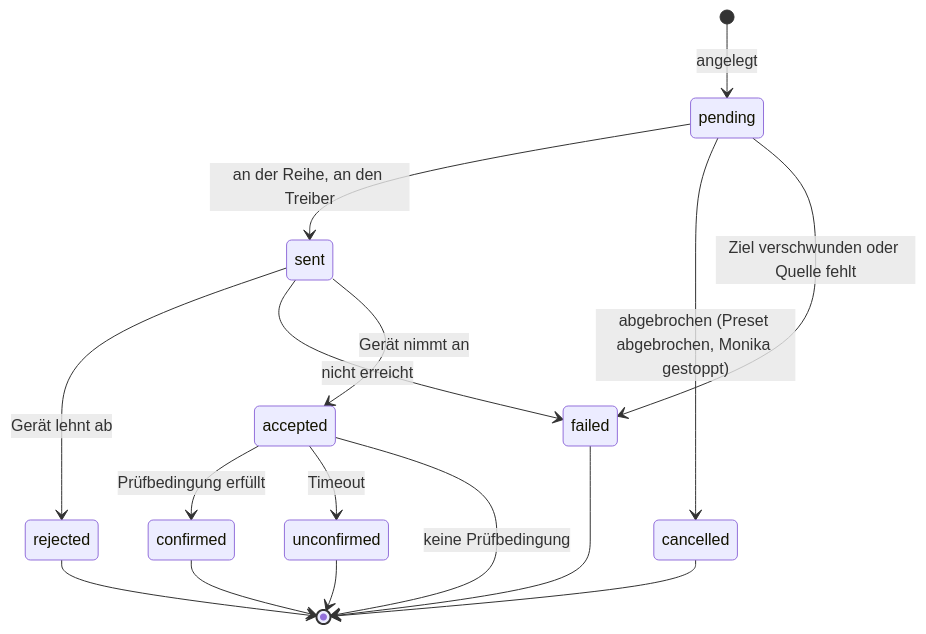
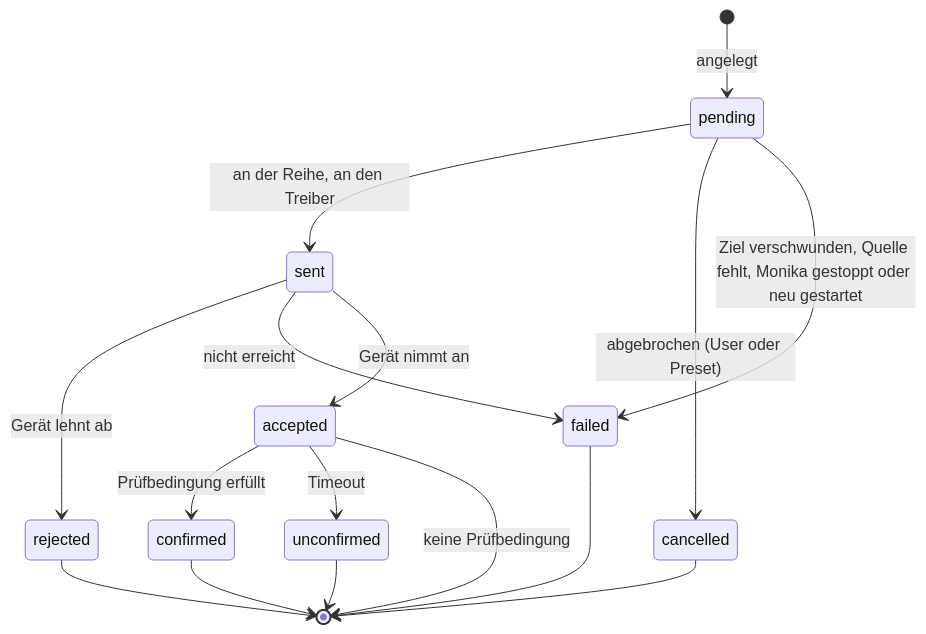
Before and after one commit to lukirs95/monika: the fifth of 6 diagrams in docs/contracts/flows.md, drawn with Mermaid. The commit also changed other lines of this file and 8 other files, not shown here.

First line of the commit message:
docs: apply architecture audit to contracts, API and status

````diff
--- a/docs/contracts/flows.md
+++ b/docs/contracts/flows.md
@@ -150,18 +161,18 @@
 ```mermaid
 stateDiagram-v2
     [*] --> pending: angelegt
     pending --> sent: an der Reihe, an den Treiber
-    pending --> cancelled: abgebrochen (Preset abgebrochen, Monika gestoppt)
-    pending --> failed: Ziel verschwunden oder Quelle fehlt
+    pending --> cancelled: abgebrochen (User oder Preset)
+    pending --> failed: Ziel verschwunden, Quelle fehlt, Monika gestoppt oder neu gestartet
     sent --> rejected: Gerät lehnt ab
     sent --> failed: nicht erreicht
     sent --> accepted: Gerät nimmt an
     accepted --> confirmed: Prüfbedingung erfüllt
     accepted --> unconfirmed: Timeout
     accepted --> [*]: keine Prüfbedingung
     rejected --> [*]
     failed --> [*]
     confirmed --> [*]
     unconfirmed --> [*]
     cancelled --> [*]
 ```
````
